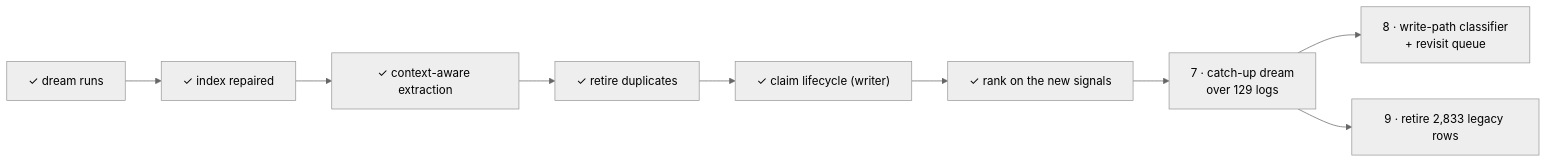
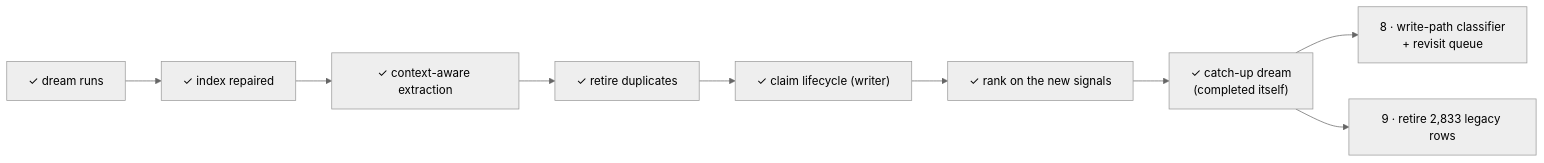
The fourth of 4 diagrams in docs/02-concepts/memory/architecture.md (cyzus/suzent), drawn with Mermaid before and after one commit. The commit also changed other lines of this file and 3 other files, not shown here.

````diff
--- a/docs/02-concepts/memory/architecture.md
+++ b/docs/02-concepts/memory/architecture.md
@@ -150,12 +151,12 @@
 ```mermaid
 %%{init: {'theme':'neutral'}}%%
 flowchart LR
     D1["✓ dream runs"] --> D2["✓ index repaired"]
     D2 --> D3["✓ context-aware extraction"]
     D3 --> D4["✓ retire duplicates"]
     D4 --> D5["✓ claim lifecycle (writer)"]
     D5 --> N6["✓ rank on the new signals"]
-    N6 --> N7["7 · catch-up dream<br/>over 129 logs"]
+    N6 --> N7["✓ catch-up dream<br/>(completed itself)"]
     N7 --> N8["8 · write-path classifier<br/>+ revisit queue"]
     N7 --> N9["9 · retire 2,833 legacy rows"]
 ```
````
